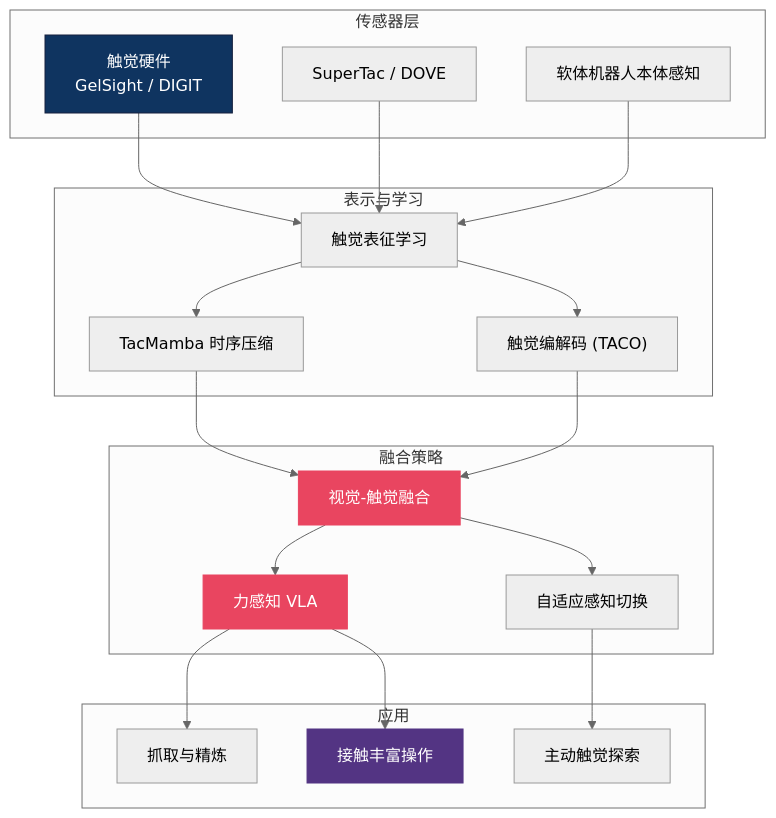
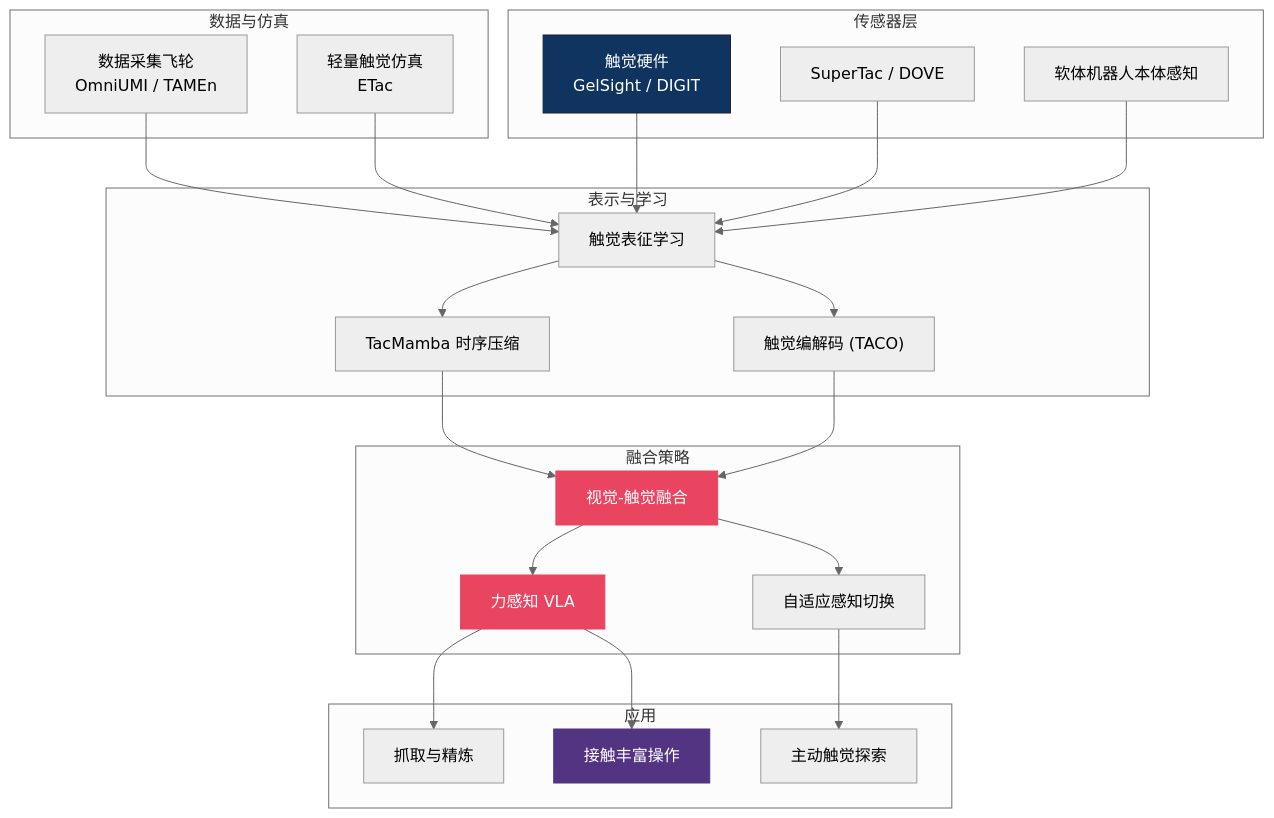
One commit to sou350121/VLA-Handbook changed the diagram in theory/tactile/tactile_mainline.md. Above: the diagram before and after it, drawn with Mermaid (neutral theme). The commit also changed other lines of this file and 20 other files, not shown here.

````diff
--- a/theory/tactile/tactile_mainline.md
+++ b/theory/tactile/tactile_mainline.md
@@ -9,46 +9,53 @@
 ```mermaid
 graph TD
     subgraph "传感器层"
         HW["触觉硬件<br/>GelSight / DIGIT"]
         SUP["SuperTac / DOVE"]
         SOFT["软体机器人本体感知"]
     end
 
     subgraph "表示与学习"
         REP["触觉表征学习"]
         CODEC["触觉编解码 (TACO)"]
         MAMBA["TacMamba 时序压缩"]
     end
 
     subgraph "融合策略"
         VT["视觉-触觉融合"]
         FORCE["力感知 VLA"]
         WHEN["自适应感知切换"]
     end
 
     subgraph "应用"
         GRASP["抓取与精炼"]
         CONTACT["接触丰富操作"]
         EXPLORE["主动触觉探索"]
     end
 
+    subgraph "数据与仿真"
+        DATA["数据采集飞轮<br/>OmniUMI / TAMEn"]
+        ESIM["轻量触觉仿真<br/>ETac"]
+    end
+
+    DATA --> REP
+    ESIM --> REP
     HW --> REP
     SUP --> REP
     SOFT --> REP
     REP --> CODEC
     REP --> MAMBA
 
     MAMBA --> VT
     CODEC --> VT
     VT --> FORCE
     VT --> WHEN
 
     FORCE --> GRASP
     FORCE --> CONTACT
     WHEN --> EXPLORE
 
     style HW fill:#0f3460,stroke:#16213e,color:#fff
     style VT fill:#e94560,stroke:#e94560,color:#fff
     style FORCE fill:#e94560,stroke:#e94560,color:#fff
     style CONTACT fill:#533483,stroke:#533483,color:#fff
 ```
````
